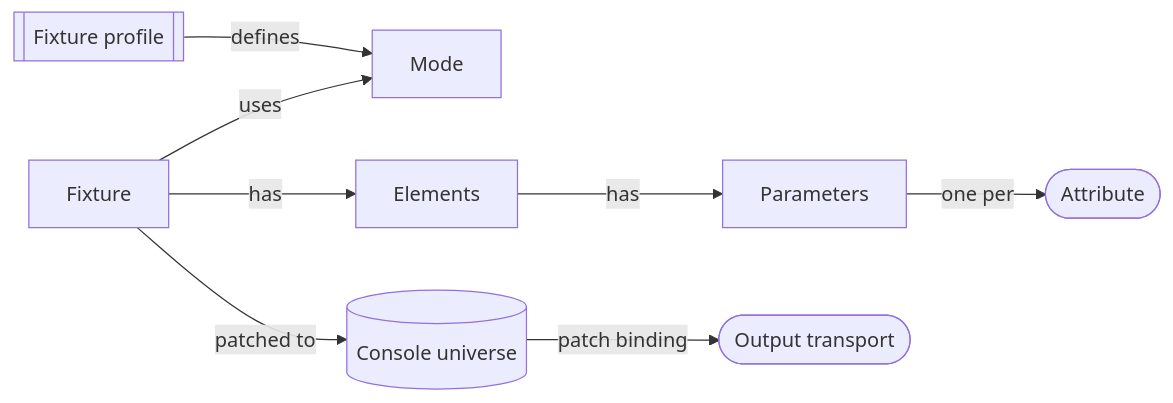
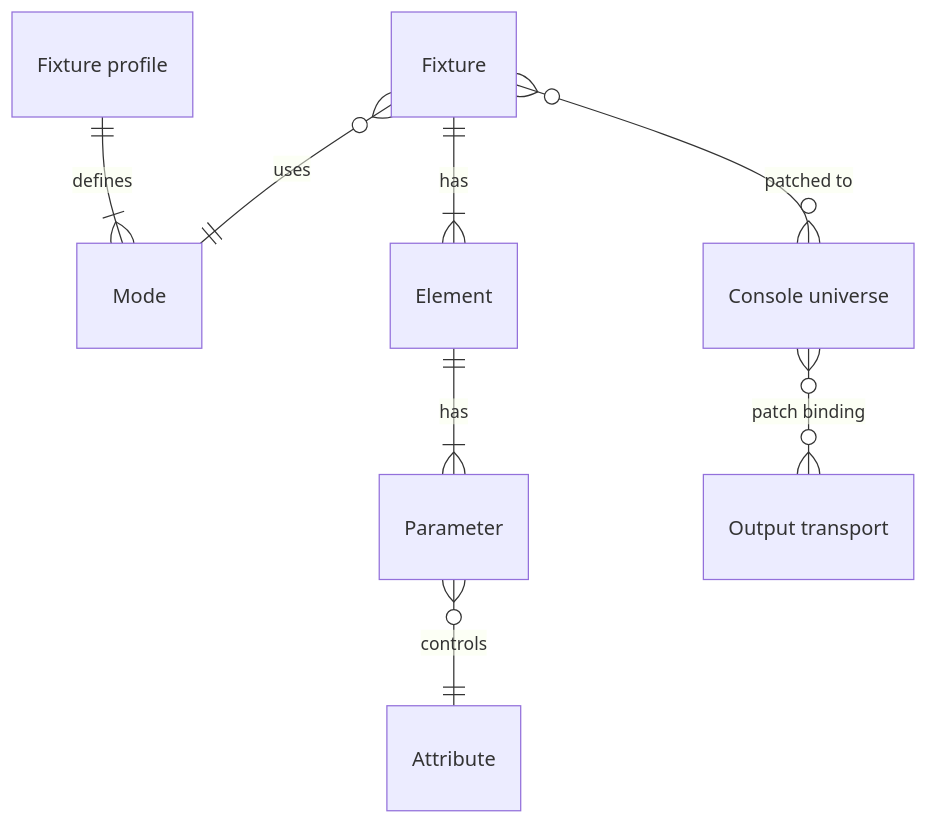
One commit to stewartadam/nightfall-lightdesk changed the first of 3 diagrams in docs/internal/src/concepts/concept-map.md. Above: the diagram before and after it, drawn with Mermaid. The commit also changed other lines of this file and 8 other files, not shown here.

````diff
--- a/docs/internal/src/concepts/concept-map.md
+++ b/docs/internal/src/concepts/concept-map.md
@@ -11,12 +11,20 @@
 ```mermaid
-flowchart LR
+erDiagram
   accTitle: The rig
-  accDescr: A fixture profile defines modes and attributes. A fixture uses one mode and has elements, each with parameters. Patch bindings route the fixture's channels through console universes to output transports.
-  profile[[Fixture profile]] -- defines --> mode[Mode]
-  fixture[Fixture] -- uses --> mode
-  fixture -- has --> element[Elements]
-  element -- has --> parameter[Parameters]
-  parameter -- one per --> attribute([Attribute])
-  fixture -- patched to --> console[(Console universe)]
-  console -- patch binding --> transport([Output transport])
+  accDescr: A fixture profile defines one or more modes. Each fixture uses one mode and has one or more elements, each with one or more parameters. Each parameter controls one attribute. Fixtures patch into console universes, and patch bindings route console universes to output transports.
+  profile["Fixture profile"]
+  mode["Mode"]
+  fixture["Fixture"]
+  element["Element"]
+  parameter["Parameter"]
+  attribute["Attribute"]
+  console["Console universe"]
+  transport["Output transport"]
+  profile ||--|{ mode : defines
+  fixture }o--|| mode : uses
+  fixture ||--|{ element : has
+  element ||--|{ parameter : has
+  parameter }o--|| attribute : controls
+  fixture }o--o{ console : "patched to"
+  console }o--o{ transport : "patch binding"
 ```
````
